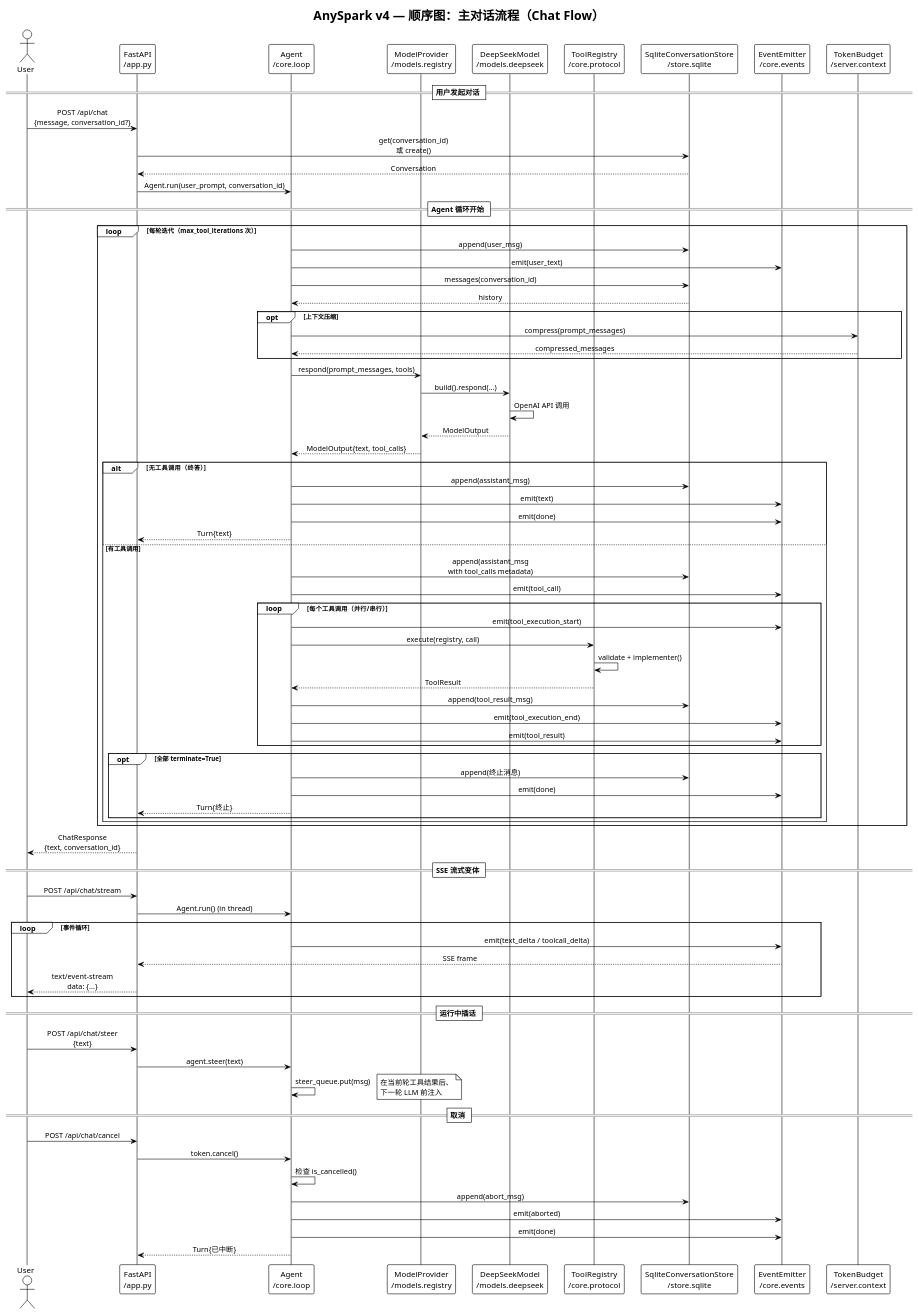
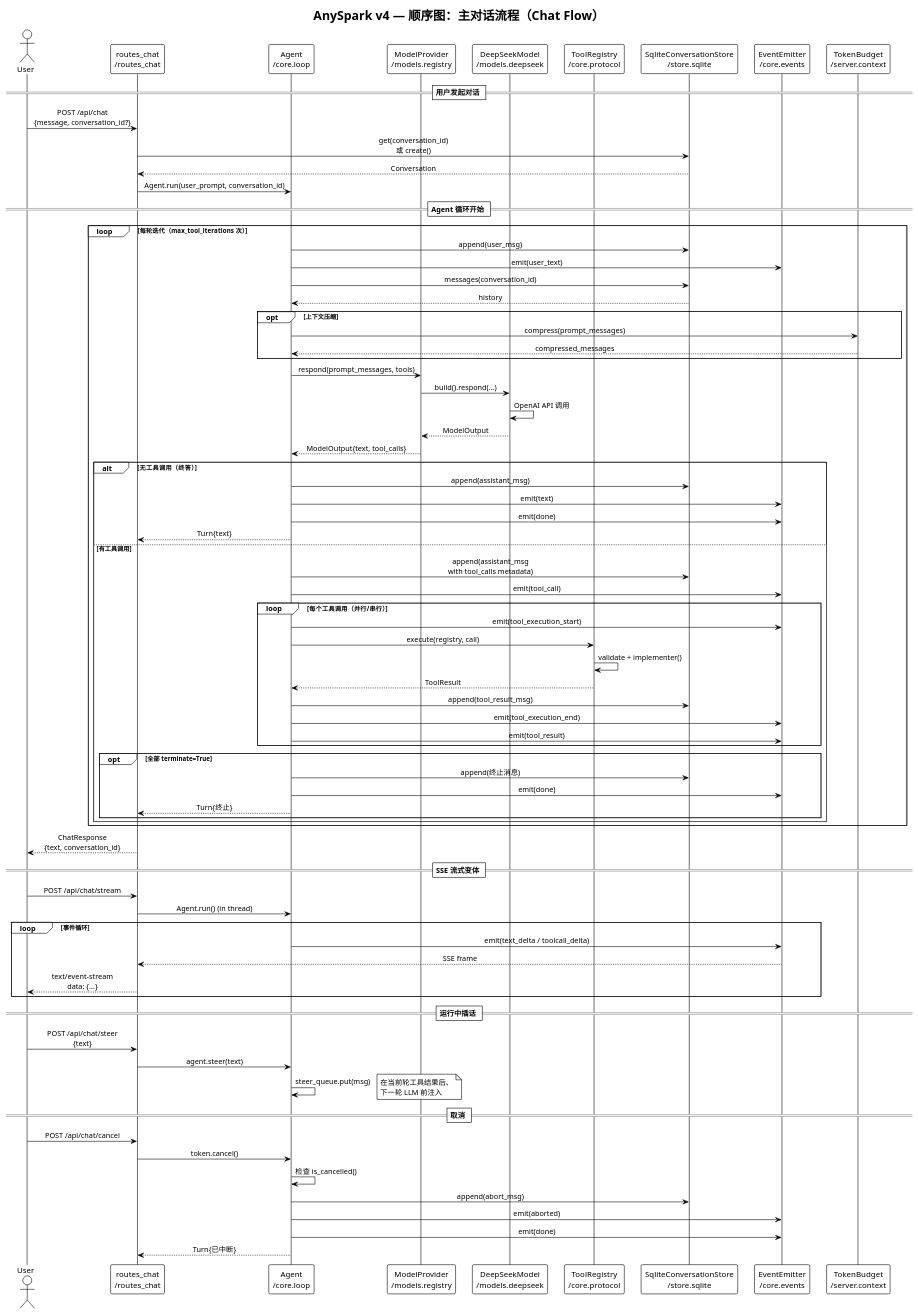
One commit to Mikexujunrui/AnySpark changed the diagram in docs/uml/sequence_chat.puml. Above: the diagram before and after it, drawn with PlantUML. The commit also changed 8 other files, not shown here.

First line of the commit message:
S84: 有向逻辑图全集——补 5 张新图 + 修 3 张旧图（新 AI 可看图懂系统运作）

```diff
--- a/docs/uml/sequence_chat.puml
+++ b/docs/uml/sequence_chat.puml
@@ -1,96 +1,96 @@
 @startuml AnySpark v4 - Sequence: Chat Flow
 !theme plain
 title AnySpark v4 — 顺序图：主对话流程（Chat Flow）
 skinparam sequenceMessageAlign center
 skinparam responseMessageBelowArrow true
 
 actor User
-participant "FastAPI\n/app.py" as API
+participant "routes_chat\n/routes_chat" as API
 participant "Agent\n/core.loop" as Agent
 participant "ModelProvider\n/models.registry" as MP
 participant "DeepSeekModel\n/models.deepseek" as DSM
 participant "ToolRegistry\n/core.protocol" as TR
 participant "SqliteConversationStore\n/store.sqlite" as Store
 participant "EventEmitter\n/core.events" as EE
 participant "TokenBudget\n/server.context" as TB
 
 == 用户发起对话 ==
 User -> API: POST /api/chat\n{message, conversation_id?}
 API -> Store: get(conversation_id)\n或 create()
 Store --> API: Conversation
 
 API -> Agent: Agent.run(user_prompt, conversation_id)
 
 == Agent 循环开始 ==
 loop 每轮迭代（max_tool_iterations 次）
   Agent -> Store: append(user_msg)
   Agent -> EE: emit(user_text)
 
   Agent -> Store: messages(conversation_id)
   Store --> Agent: history
 
   opt 上下文压缩
     Agent -> TB: compress(prompt_messages)
     TB --> Agent: compressed_messages
   end
 
   Agent -> MP: respond(prompt_messages, tools)
   MP -> DSM: build().respond(...)
   DSM -> DSM: OpenAI API 调用
   DSM --> MP: ModelOutput
   MP --> Agent: ModelOutput{text, tool_calls}
 
   alt 无工具调用（终答）
     Agent -> Store: append(assistant_msg)
     Agent -> EE: emit(text)
     Agent -> EE: emit(done)
     Agent --> API: Turn{text}
   else 有工具调用
     Agent -> Store: append(assistant_msg\nwith tool_calls metadata)
     Agent -> EE: emit(tool_call)
 
     loop 每个工具调用（并行/串行）
       Agent -> EE: emit(tool_execution_start)
       Agent -> TR: execute(registry, call)
       TR -> TR: validate + implementer()
       TR --> Agent: ToolResult
       Agent -> Store: append(tool_result_msg)
       Agent -> EE: emit(tool_execution_end)
       Agent -> EE: emit(tool_result)
     end
 
     opt 全部 terminate=True
       Agent -> Store: append(终止消息)
       Agent -> EE: emit(done)
       Agent --> API: Turn{终止}
     end
   end
 end
 
 API --> User: ChatResponse\n{text, conversation_id}
 
 == SSE 流式变体 ==
 User -> API: POST /api/chat/stream
 API -> Agent: Agent.run() (in thread)
 loop 事件循环
   Agent -> EE: emit(text_delta / toolcall_delta)
   EE --> API: SSE frame
   API --> User: text/event-stream\ndata: {...}
 end
 
 == 运行中插话 ==
 User -> API: POST /api/chat/steer\n{text}
 API -> Agent: agent.steer(text)
 Agent -> Agent: steer_queue.put(msg)
 note right: 在当前轮工具结果后、\n下一轮 LLM 前注入
 
 == 取消 ==
 User -> API: POST /api/chat/cancel
 API -> Agent: token.cancel()
 Agent -> Agent: 检查 is_cancelled()
 Agent -> Store: append(abort_msg)
 Agent -> EE: emit(aborted)
 Agent -> EE: emit(done)
 Agent --> API: Turn{已中断}
 
 @enduml
```
